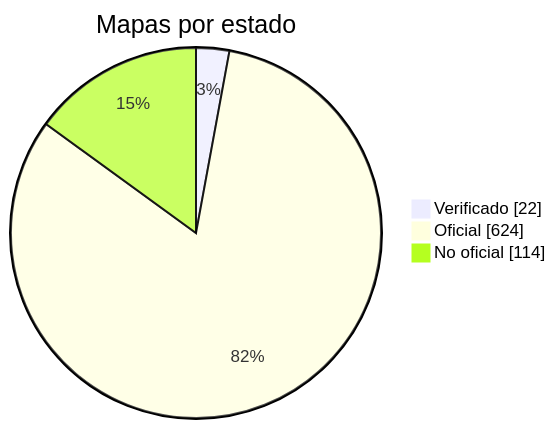
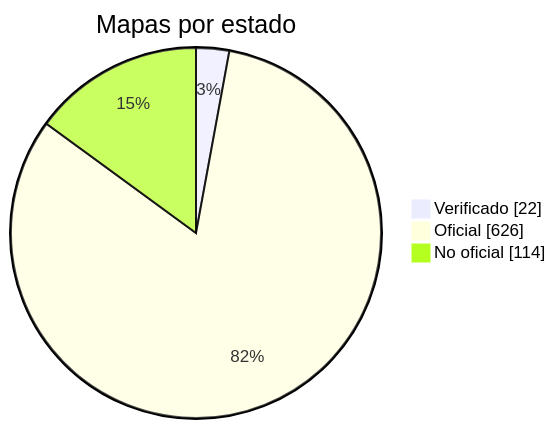
One commit to nobrega8/mbmap-library changed the diagram in docs/readme/README_ES.md. Above: the diagram before and after it, drawn with Mermaid. The commit also changed 7 other files, not shown here.

````diff
--- a/docs/readme/README_ES.md
+++ b/docs/readme/README_ES.md
@@ -54,7 +54,7 @@
 ```mermaid
 pie showData
     title Mapas por estado
     "Verificado" : 22
-    "Oficial" : 624
+    "Oficial" : 626
     "No oficial" : 114
 ```
````
